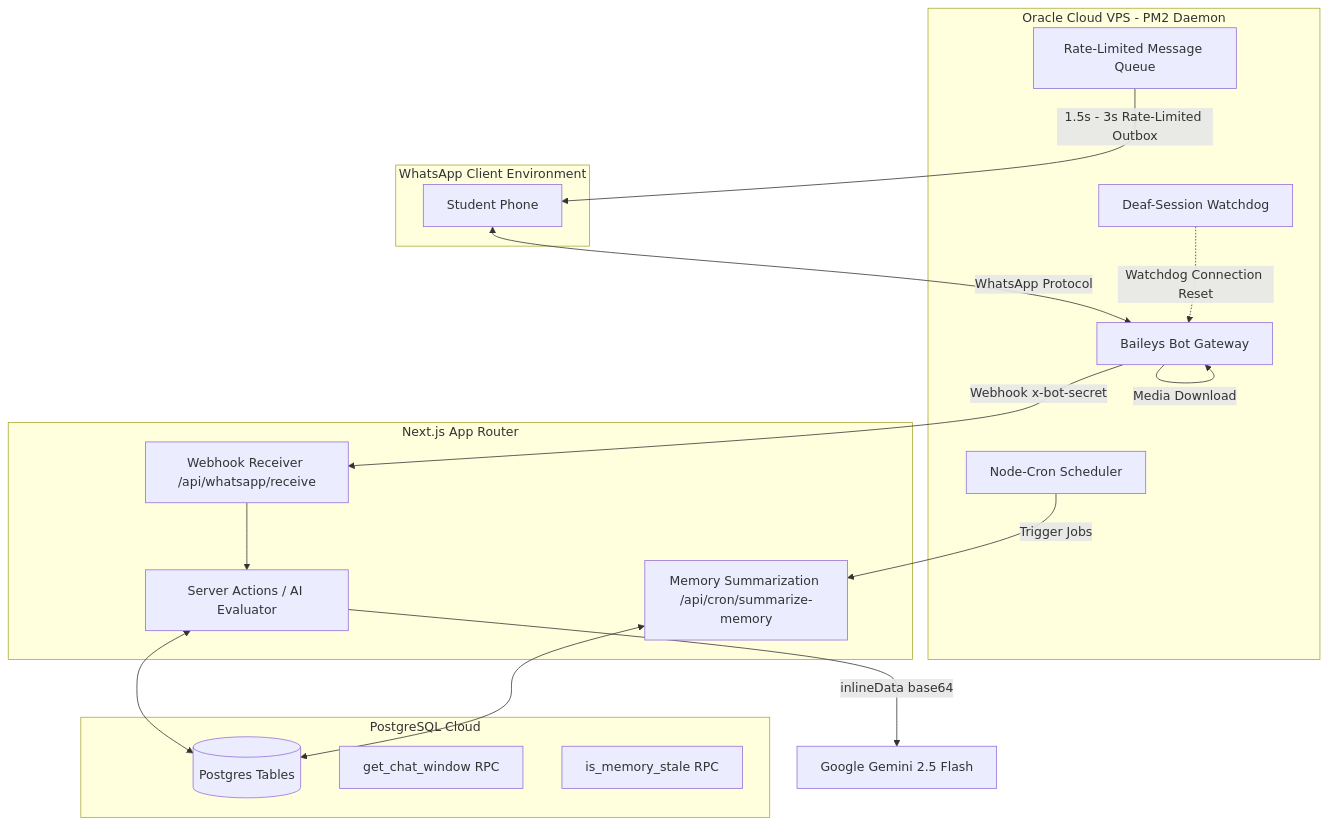
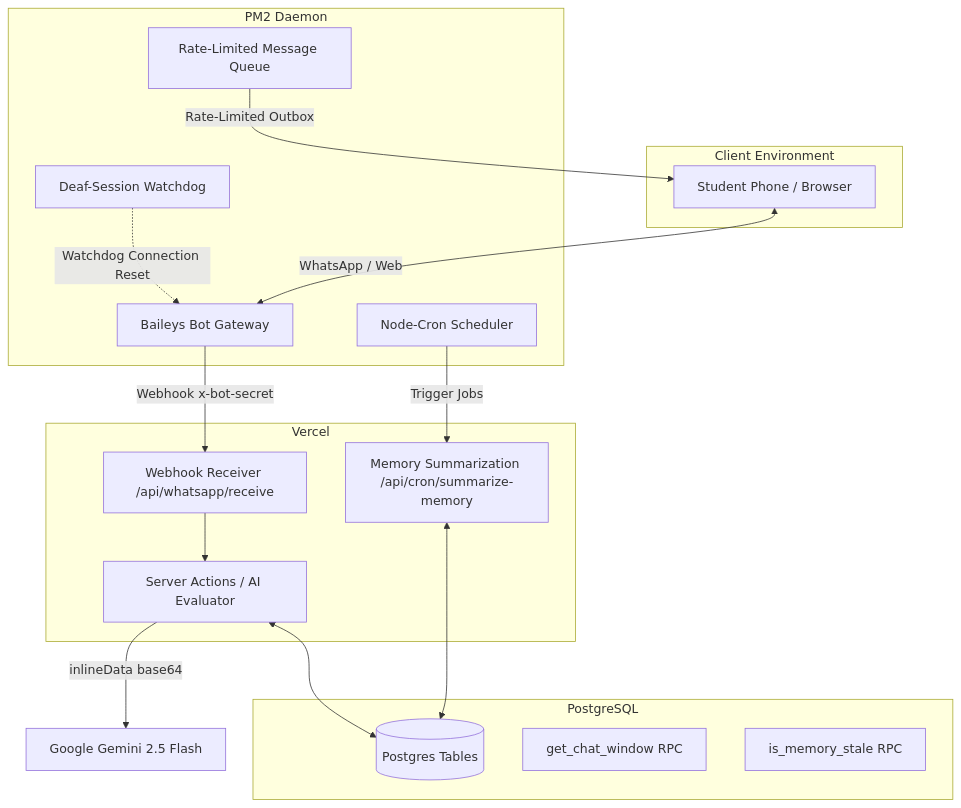
The diagram in looplearn-next/README.md (NavCGaur/looplearn), drawn with Mermaid before and after one commit. The commit also changed other lines of this file, not shown here.

Commit message:
docs: merge WhatsApp bot and three-tier memory architecture details into existing README

````diff
--- a/looplearn-next/README.md
+++ b/looplearn-next/README.md
@@ -11,36 +49,35 @@
 ```mermaid
 graph TD
-    subgraph WhatsApp Client Environment
-        User[Student Phone]
+    subgraph Client Environment
+        User[Student Phone / Browser]
     end
 
-    subgraph Mumbai-1 VPS [Oracle Cloud VPS - PM2 Daemon]
+    subgraph VPS Environment [PM2 Daemon]
         Bot[Baileys Bot Gateway]
         Heartbeat[Deaf-Session Watchdog]
         Queue[Rate-Limited Message Queue]
         LocalCron[Node-Cron Scheduler]
     end
 
-    subgraph Vercel Cloud [Next.js App Router]
+    subgraph Next.js Web App [Vercel]
         API[Webhook Receiver /api/whatsapp/receive]
         Actions[Server Actions / AI Evaluator]
         CronRoute[Memory Summarization /api/cron/summarize-memory]
     end
 
-    subgraph Supabase Database [PostgreSQL Cloud]
+    subgraph Supabase Database [PostgreSQL]
         DB[(Postgres Tables)]
         RPC[get_chat_window RPC]
         Stale[is_memory_stale RPC]
     end
 
-    User <-->|WhatsApp Protocol| Bot
-    Bot -->|Media Download| Bot
+    User <-->|WhatsApp / Web| Bot
     Bot -->|Webhook x-bot-secret| API
     API --> Actions
     Actions -->|inlineData base64| Gemini[Google Gemini 2.5 Flash]
     Actions <--> DB
     CronRoute <--> DB
     LocalCron -->|Trigger Jobs| CronRoute
     Heartbeat -.->|Watchdog Connection Reset| Bot
-    Queue -->|1.5s - 3s Rate-Limited Outbox| User
+    Queue -->|Rate-Limited Outbox| User
 ```
````
